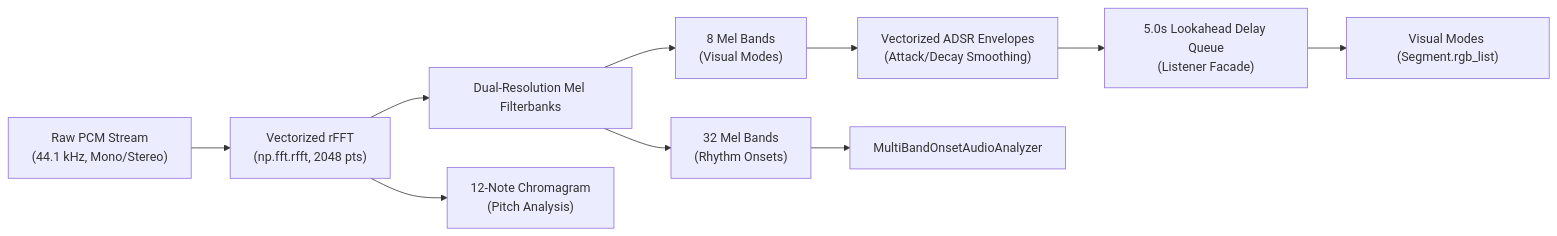
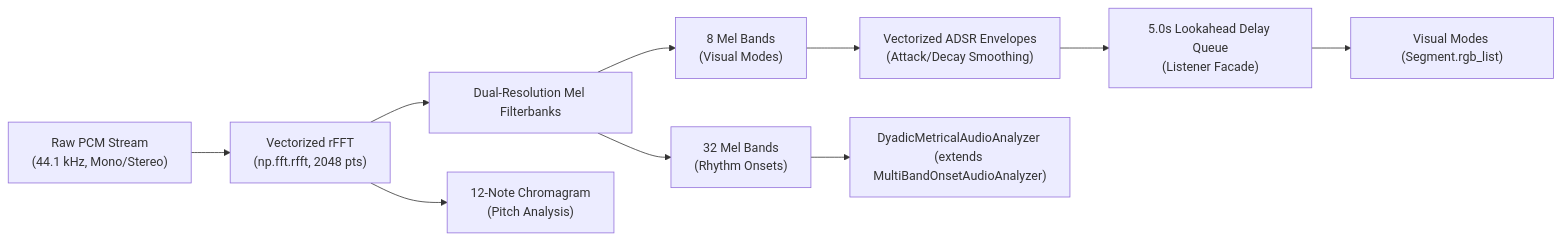
Before and after one commit to LucRobey/vialactee: the diagram in docs/architecture/audio_pipeline.md, drawn with Mermaid. The commit also changed other lines of this file and 69 other files, not shown here.

````diff
--- a/docs/architecture/audio_pipeline.md
+++ b/docs/architecture/audio_pipeline.md
@@ -13,12 +13,12 @@
 ```mermaid
 graph LR
     PCM["Raw PCM Stream<br/>(44.1 kHz, Mono/Stereo)"] --> FFT["Vectorized rFFT<br/>(np.fft.rfft, 2048 pts)"]
     FFT --> DualMel["Dual-Resolution Mel Filterbanks"]
     DualMel --> Bands8["8 Mel Bands<br/>(Visual Modes)"]
     DualMel --> Bands32["32 Mel Bands<br/>(Rhythm Onsets)"]
     FFT --> Chroma["12-Note Chromagram<br/>(Pitch Analysis)"]
     Bands8 --> ADSR["Vectorized ADSR Envelopes<br/>(Attack/Decay Smoothing)"]
     ADSR --> DelayQueue["5.0s Lookahead Delay Queue<br/>(Listener Facade)"]
     DelayQueue --> VisualModes["Visual Modes (Segment.rgb_list)"]
-    Bands32 --> MultiBand["MultiBandOnsetAudioAnalyzer"]
+    Bands32 --> MultiBand["DyadicMetricalAudioAnalyzer (extends MultiBandOnsetAudioAnalyzer)"]
 ```
````
